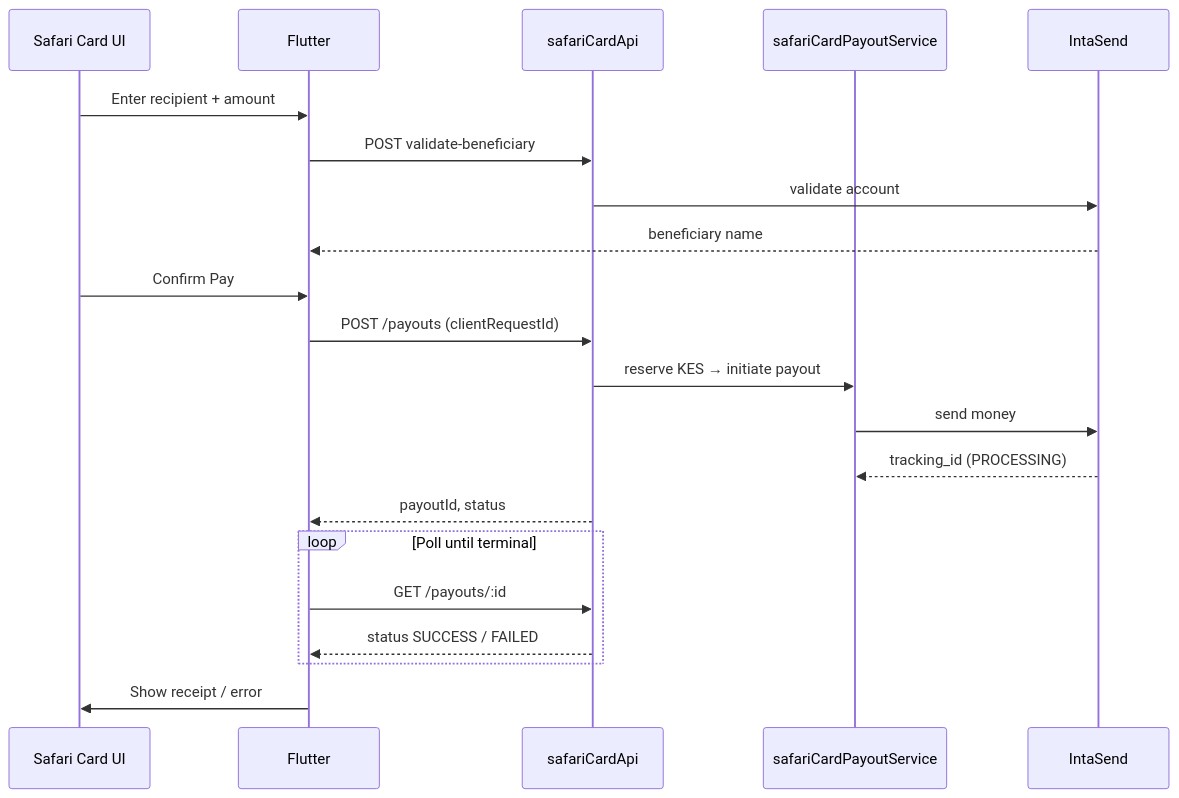
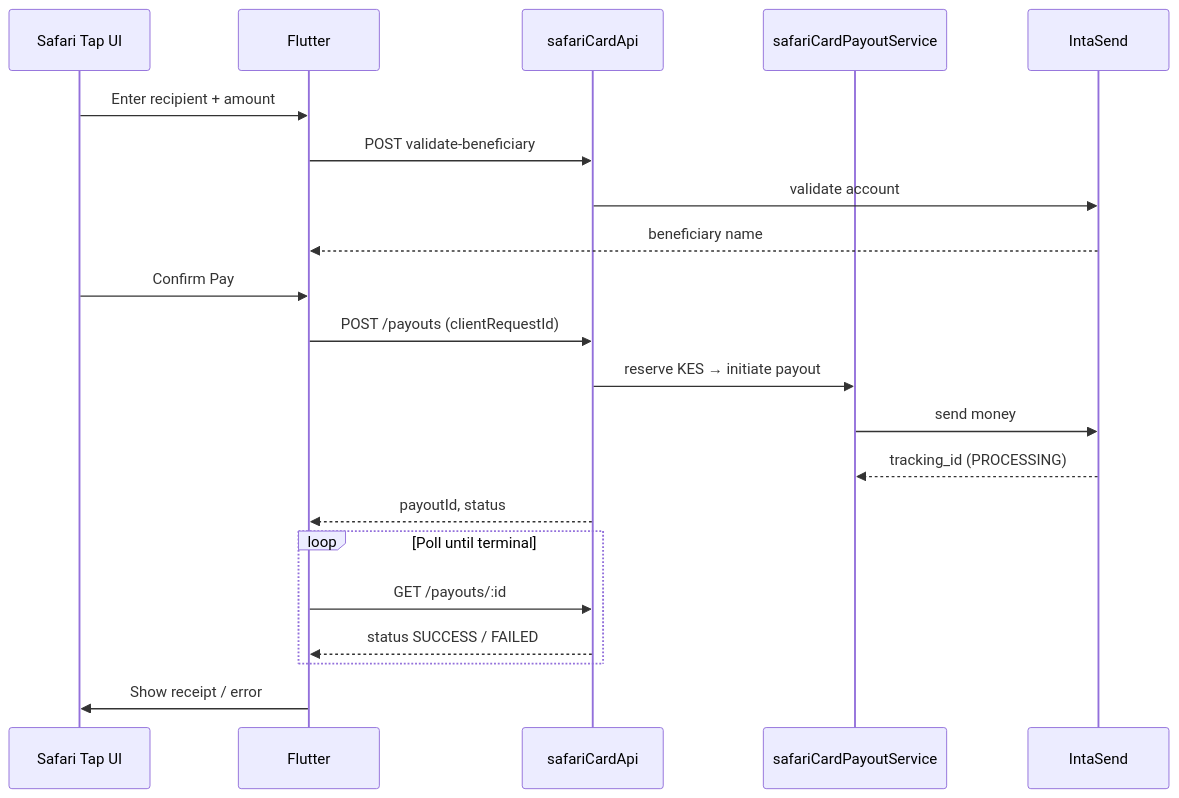
Before and after one commit to Calvin6375/rates_function: the diagram in docs/pay.md, drawn with Mermaid. The commit also changed other lines of this file and 28 other files, not shown here.

````diff
--- a/docs/pay.md
+++ b/docs/pay.md
@@ -124,24 +124,24 @@
 ```mermaid
 sequenceDiagram
-  participant User as Safari Card UI
+  participant User as Safari Tap UI
   participant App as Flutter
   participant API as safariCardApi
   participant BE as safariCardPayoutService
   participant IS as IntaSend
 
   User->>App: Enter recipient + amount
   App->>API: POST validate-beneficiary
   API->>IS: validate account
   IS-->>App: beneficiary name
   User->>App: Confirm Pay
   App->>API: POST /payouts (clientRequestId)
   API->>BE: reserve KES → initiate payout
   BE->>IS: send money
   IS-->>BE: tracking_id (PROCESSING)
   API-->>App: payoutId, status
   loop Poll until terminal
     App->>API: GET /payouts/:id
     API-->>App: status SUCCESS / FAILED
   end
   App->>User: Show receipt / error
 ```
````
